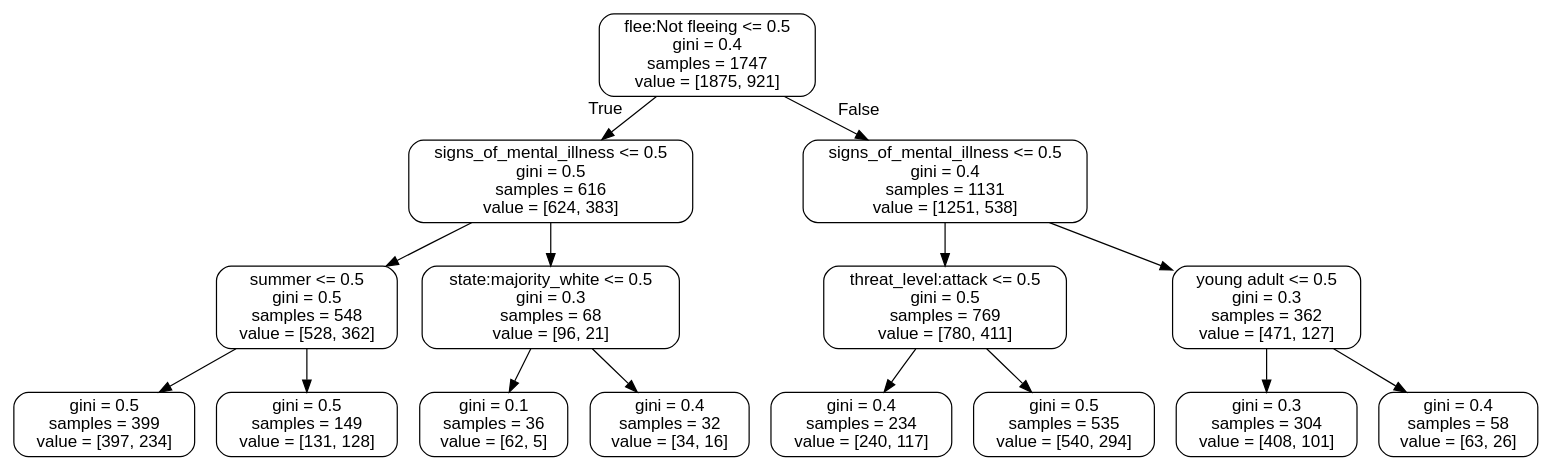
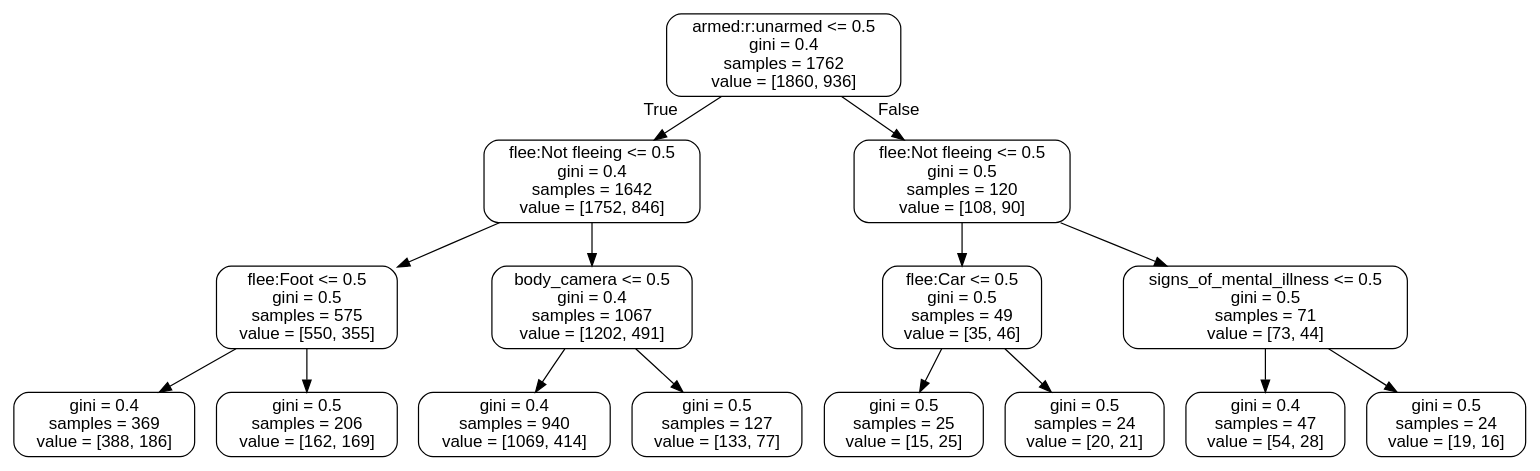
Before and after one commit to mikekeith52/Police-shootings-insights_updated: the diagram in img/small_tree.dot, drawn with Graphviz. The commit also changed 4 other files, not shown here.

```diff
--- a/img/small_tree.dot
+++ b/img/small_tree.dot
@@ -1,33 +1,33 @@
 digraph Tree {
 node [shape=box, style="rounded", color="black", fontname=helvetica] ;
 edge [fontname=helvetica] ;
-0 [label="flee:Not fleeing <= 0.5\ngini = 0.4\nsamples = 1747\nvalue = [1875, 921]"] ;
-1 [label="signs_of_mental_illness <= 0.5\ngini = 0.5\nsamples = 616\nvalue = [624, 383]"] ;
+0 [label="armed:r:unarmed <= 0.5\ngini = 0.4\nsamples = 1762\nvalue = [1860, 936]"] ;
+1 [label="flee:Not fleeing <= 0.5\ngini = 0.4\nsamples = 1642\nvalue = [1752, 846]"] ;
 0 -> 1 [labeldistance=2.5, labelangle=45, headlabel="True"] ;
-2 [label="summer <= 0.5\ngini = 0.5\nsamples = 548\nvalue = [528, 362]"] ;
+2 [label="flee:Foot <= 0.5\ngini = 0.5\nsamples = 575\nvalue = [550, 355]"] ;
 1 -> 2 ;
-3 [label="gini = 0.5\nsamples = 399\nvalue = [397, 234]"] ;
+3 [label="gini = 0.4\nsamples = 369\nvalue = [388, 186]"] ;
 2 -> 3 ;
-4 [label="gini = 0.5\nsamples = 149\nvalue = [131, 128]"] ;
+4 [label="gini = 0.5\nsamples = 206\nvalue = [162, 169]"] ;
 2 -> 4 ;
-5 [label="state:majority_white <= 0.5\ngini = 0.3\nsamples = 68\nvalue = [96, 21]"] ;
+5 [label="body_camera <= 0.5\ngini = 0.4\nsamples = 1067\nvalue = [1202, 491]"] ;
 1 -> 5 ;
-6 [label="gini = 0.1\nsamples = 36\nvalue = [62, 5]"] ;
+6 [label="gini = 0.4\nsamples = 940\nvalue = [1069, 414]"] ;
 5 -> 6 ;
-7 [label="gini = 0.4\nsamples = 32\nvalue = [34, 16]"] ;
+7 [label="gini = 0.5\nsamples = 127\nvalue = [133, 77]"] ;
 5 -> 7 ;
-8 [label="signs_of_mental_illness <= 0.5\ngini = 0.4\nsamples = 1131\nvalue = [1251, 538]"] ;
+8 [label="flee:Not fleeing <= 0.5\ngini = 0.5\nsamples = 120\nvalue = [108, 90]"] ;
 0 -> 8 [labeldistance=2.5, labelangle=-45, headlabel="False"] ;
-9 [label="threat_level:attack <= 0.5\ngini = 0.5\nsamples = 769\nvalue = [780, 411]"] ;
+9 [label="flee:Car <= 0.5\ngini = 0.5\nsamples = 49\nvalue = [35, 46]"] ;
 8 -> 9 ;
-10 [label="gini = 0.4\nsamples = 234\nvalue = [240, 117]"] ;
+10 [label="gini = 0.5\nsamples = 25\nvalue = [15, 25]"] ;
 9 -> 10 ;
-11 [label="gini = 0.5\nsamples = 535\nvalue = [540, 294]"] ;
+11 [label="gini = 0.5\nsamples = 24\nvalue = [20, 21]"] ;
 9 -> 11 ;
-12 [label="young adult <= 0.5\ngini = 0.3\nsamples = 362\nvalue = [471, 127]"] ;
+12 [label="signs_of_mental_illness <= 0.5\ngini = 0.5\nsamples = 71\nvalue = [73, 44]"] ;
 8 -> 12 ;
-13 [label="gini = 0.3\nsamples = 304\nvalue = [408, 101]"] ;
+13 [label="gini = 0.4\nsamples = 47\nvalue = [54, 28]"] ;
 12 -> 13 ;
-14 [label="gini = 0.4\nsamples = 58\nvalue = [63, 26]"] ;
+14 [label="gini = 0.5\nsamples = 24\nvalue = [19, 16]"] ;
 12 -> 14 ;
 }
```
